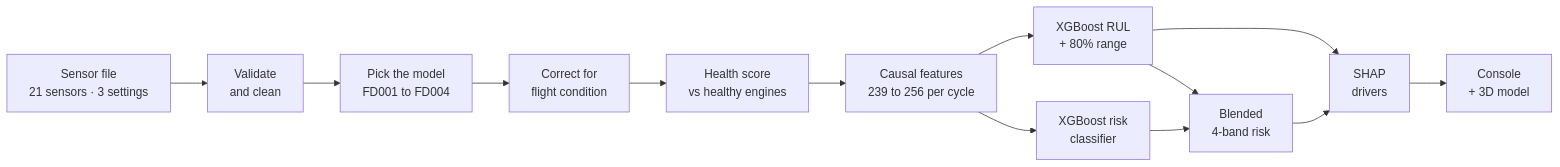
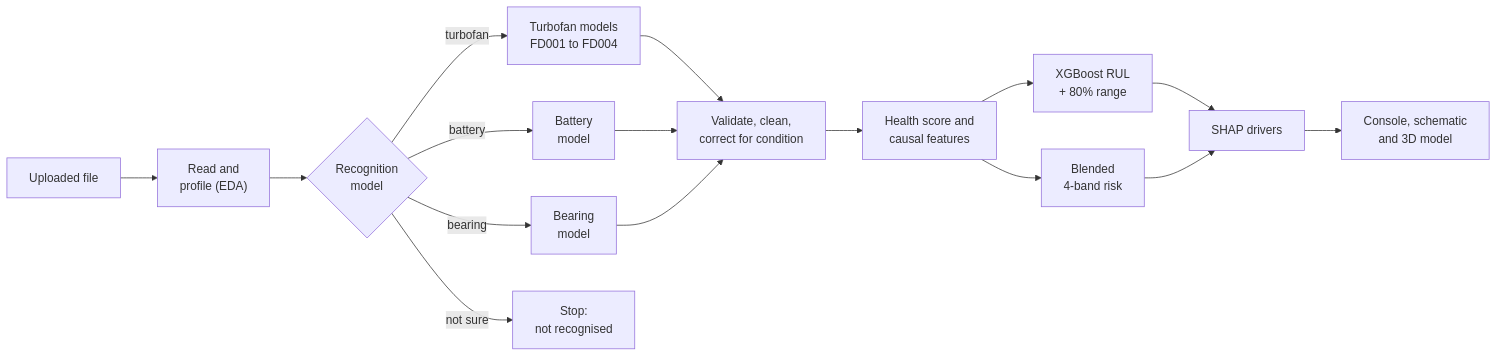
The diagram in README.md (Ruc-hi21/AeroSentineL), drawn with Mermaid before and after one commit. The commit also changed other lines of this file and 4 other files, not shown here.

````diff
--- a/README.md
+++ b/README.md
@@ -148,15 +170,18 @@
 ```mermaid
 flowchart LR
-    A["Sensor file<br/>21 sensors · 3 settings"] --> B["Validate<br/>and clean"]
-    B --> P["Pick the model<br/>FD001 to FD004"]
-    P --> K["Correct for<br/>flight condition"]
-    K --> C["Health score<br/>vs healthy engines"]
-    C --> D["Causal features<br/>239 to 256 per cycle"]
-    D --> E["XGBoost RUL<br/>+ 80% range"]
-    D --> F["XGBoost risk<br/>classifier"]
-    E --> G["Blended<br/>4-band risk"]
-    F --> G
-    E --> H["SHAP<br/>drivers"]
-    G --> H
-    H --> I["Console<br/>+ 3D model"]
+    A["Uploaded file"] --> B["Read and<br/>profile (EDA)"]
+    B --> R{"Recognition<br/>model"}
+    R -->|turbofan| T["Turbofan models<br/>FD001 to FD004"]
+    R -->|battery| C["Battery<br/>model"]
+    R -->|bearing| G["Bearing<br/>model"]
+    R -->|not sure| X["Stop:<br/>not recognised"]
+    T --> P["Validate, clean,<br/>correct for condition"]
+    C --> P
+    G --> P
+    P --> F["Health score and<br/>causal features"]
+    F --> E["XGBoost RUL<br/>+ 80% range"]
+    F --> K["Blended<br/>4-band risk"]
+    E --> S["SHAP drivers"]
+    K --> S
+    S --> U["Console, schematic<br/>and 3D model"]
 ```
````
